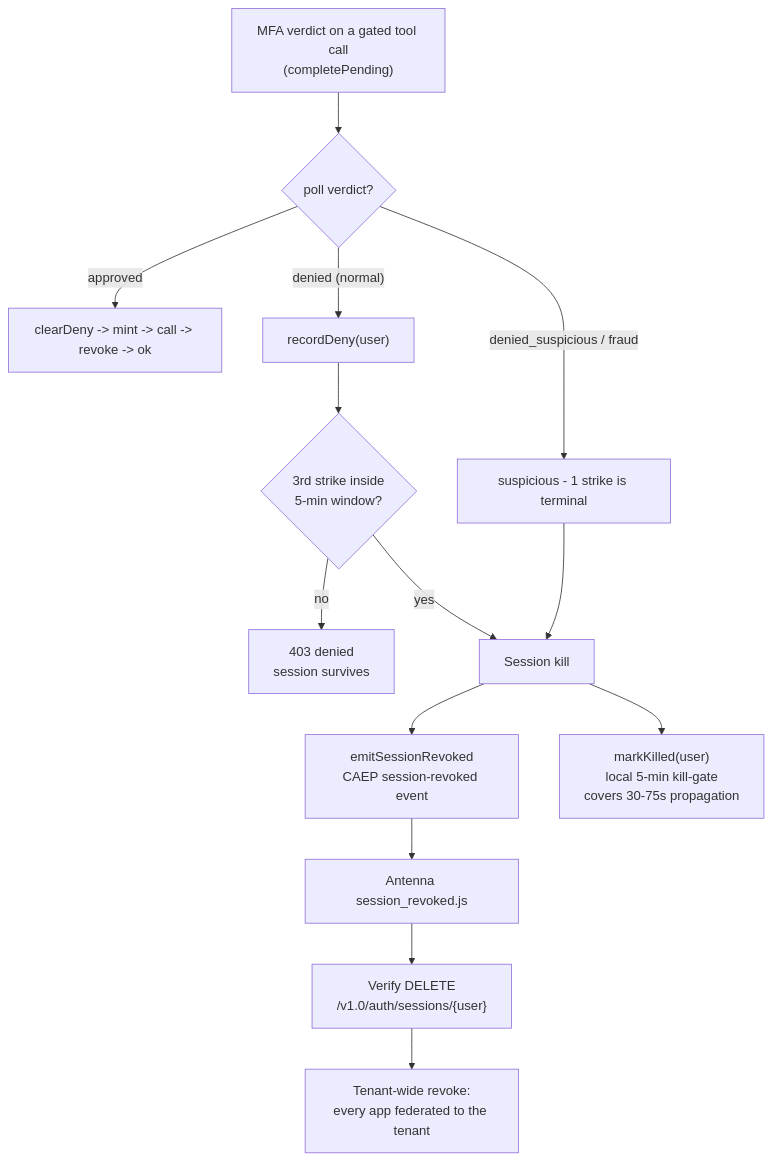
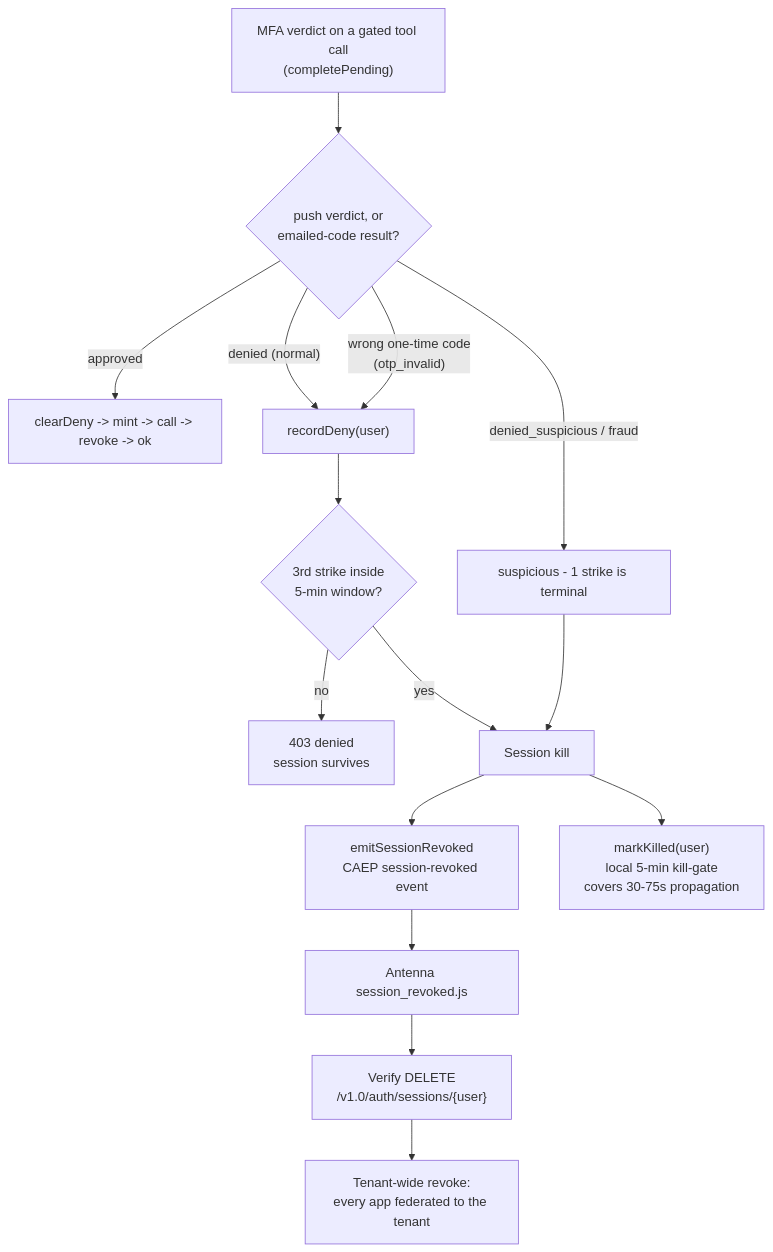
Before and after one commit to iamidentity-ai/mcp-gateway-verify-vault: the diagram in docs/concepts/session-kill.md, drawn with Mermaid. The commit also changed other lines of this file and 5 other files, not shown here.

````diff
--- a/docs/concepts/session-kill.md
+++ b/docs/concepts/session-kill.md
@@ -12,19 +12,20 @@
 ```mermaid
 flowchart TD
-    START["MFA verdict on a gated tool call<br/>(completePending)"] --> Q{"poll verdict?"}
+    START["MFA verdict on a gated tool call<br/>(completePending)"] --> Q{"push verdict, or<br/>emailed-code result?"}
     Q -->|"approved"| OK["clearDeny -> mint -> call -> revoke -> ok"]
     Q -->|"denied (normal)"| REC["recordDeny(user)"]
+    Q -->|"wrong one-time code<br/>(otp_invalid)"| REC
     Q -->|"denied_suspicious / fraud"| SUS["suspicious - 1 strike is terminal"]
 
     REC --> THRESH{"3rd strike inside<br/>5-min window?"}
     THRESH -->|"no"| DENY["403 denied<br/>session survives"]
     THRESH -->|"yes"| KILL["Session kill"]
     SUS --> KILL
 
     KILL --> EMIT["emitSessionRevoked<br/>CAEP session-revoked event"]
     KILL --> MARK["markKilled(user)<br/>local 5-min kill-gate<br/>covers 30-75s propagation"]
 
     EMIT --> ANT["Antenna session_revoked.js"]
     ANT --> DEL["Verify DELETE<br/>/v1.0/auth/sessions/{user}"]
     DEL --> TENANT["Tenant-wide revoke:<br/>every app federated to the tenant"]
 ```
````
